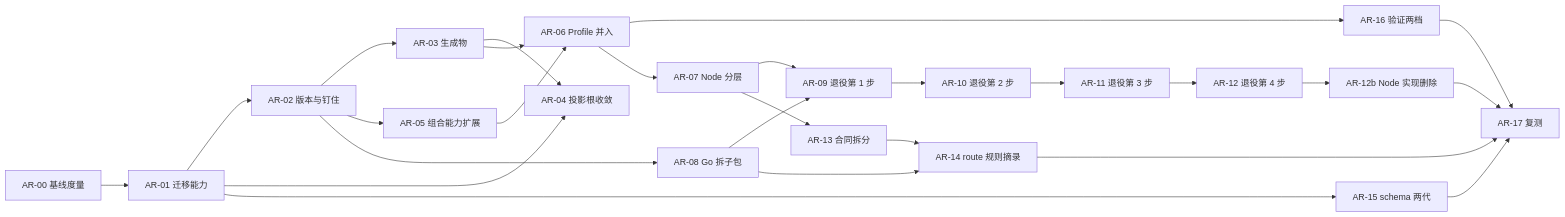
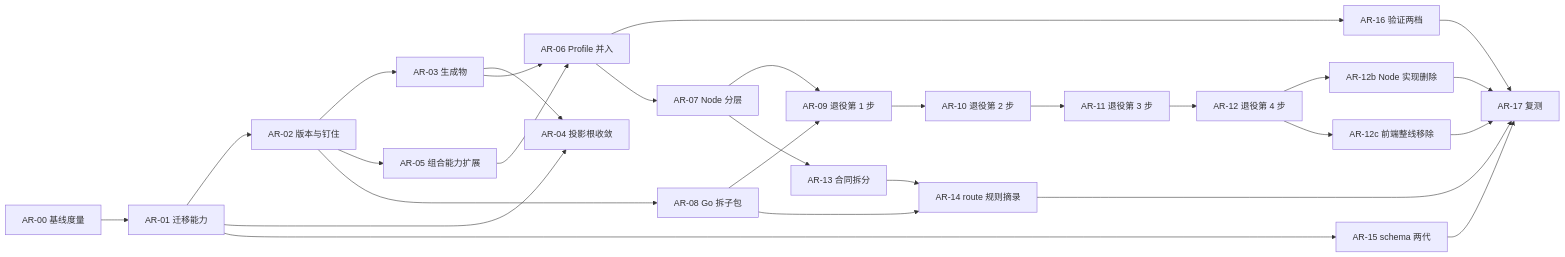
The diagram in .template-source/contracts/architecture-iteration-v1-plan.md (iloveZzz/yss-spec-project-template), drawn with Mermaid before and after one commit. The commit also changed other lines of this file and 1 other file, not shown here.

````diff
--- a/.template-source/contracts/architecture-iteration-v1-plan.md
+++ b/.template-source/contracts/architecture-iteration-v1-plan.md
@@ -28,28 +28,30 @@
 ```mermaid
 flowchart LR
   AR00[AR-00 基线度量] --> AR01[AR-01 迁移能力]
   AR01 --> AR02[AR-02 版本与钉住]
   AR02 --> AR03[AR-03 生成物]
   AR03 --> AR04[AR-04 投影根收敛]
   AR01 --> AR04
   AR02 --> AR05[AR-05 组合能力扩展]
   AR05 --> AR06[AR-06 Profile 并入]
   AR03 --> AR06
   AR06 --> AR16[AR-16 验证两档]
   AR06 --> AR07[AR-07 Node 分层]
   AR02 --> AR08[AR-08 Go 拆子包]
   AR07 --> AR09[AR-09 退役第 1 步]
   AR08 --> AR09
   AR09 --> AR10[AR-10 退役第 2 步]
   AR10 --> AR11[AR-11 退役第 3 步]
   AR11 --> AR12[AR-12 退役第 4 步]
   AR07 --> AR13[AR-13 合同拆分]
   AR13 --> AR14[AR-14 route 规则摘录]
   AR08 --> AR14
   AR01 --> AR15[AR-15 schema 两代]
   AR12 --> AR12b[AR-12b Node 实现删除]
   AR12b --> AR17[AR-17 复测]
+  AR12 --> AR12c[AR-12c 前端整线移除]
+  AR12c --> AR17
   AR14 --> AR17
   AR15 --> AR17
   AR16 --> AR17
 ```
````
